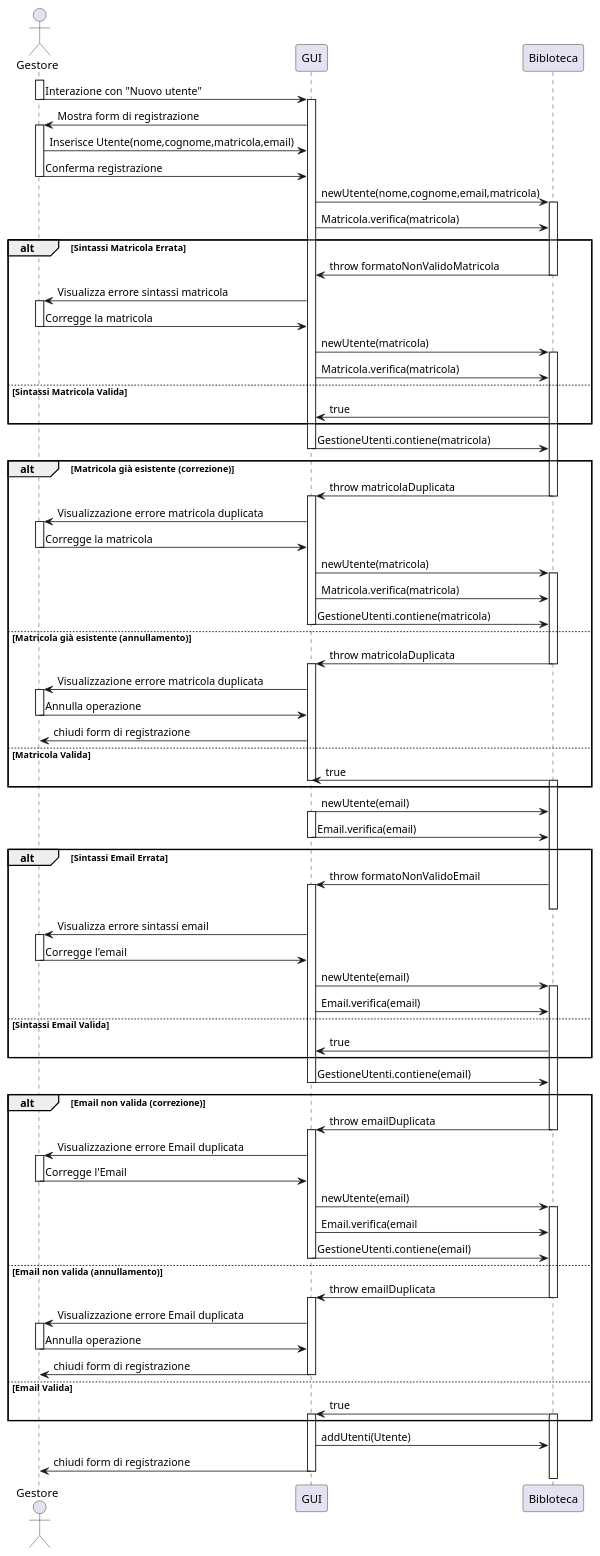
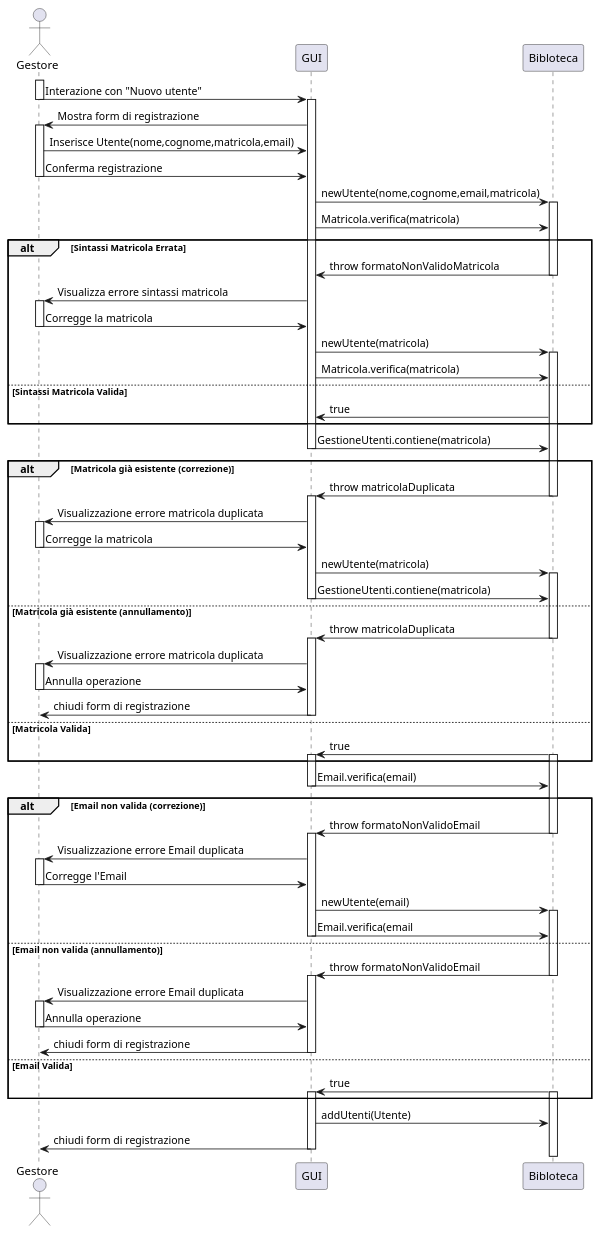
The diagram in docs/uml/UMLinserisciUtente.puml (Meziu/easylibrary), drawn with PlantUML before and after one commit. The commit also changed 2 other files, not shown here.

Commit message:
Modifiche inserisci Utente puml e UC-6

```diff
--- a/docs/uml/UMLinserisciUtente.puml
+++ b/docs/uml/UMLinserisciUtente.puml
@@ -1,176 +1,152 @@
 @startuml
 actor Gestore
 participant "GUI" as UI
 participant "Bibloteca" as S
 activate Gestore
 ' ----- Inizio -----
 
 Gestore -> UI : Interazione con "Nuovo utente"
 deactivate Gestore
 activate UI
-UI -> Gestore : Mostra form di registrazione  
+UI -> Gestore : Mostra form di registrazione
 
 activate Gestore
 Gestore -> UI : Inserisce Utente(nome,cognome,matricola,email)
 Gestore -> UI : Conferma registrazione
 deactivate Gestore
 
 ' ----- Invio dati a Sistema -----
 UI -> S : newUtente(nome,cognome,email,matricola)
 
 activate S
 UI -> S : Matricola.verifica(matricola)
 
 ' ----- Controllo Sintassi Matricola -----
 alt Sintassi Matricola Errata
 S -> UI : throw formatoNonValidoMatricola
 deactivate S
 UI -> Gestore : Visualizza errore sintassi matricola
 activate Gestore
 Gestore -> UI : Corregge la matricola
 deactivate Gestore
 UI -> S : newUtente(matricola)
 activate S
 UI -> S : Matricola.verifica(matricola)
 
 else Sintassi Matricola Valida
 S -> UI : true
 end
 
 ' ----- Controllo Matricola -----
 UI -> S : GestioneUtenti.contiene(matricola)
 deactivate UI
 alt Matricola già esistente (correzione)
 
     S -> UI : throw matricolaDuplicata
-    deactivate S    
+    deactivate S
     activate UI
 
-    
+
     UI -> Gestore : Visualizzazione errore matricola duplicata
-    
+
 
     activate Gestore
     Gestore -> UI : Corregge la matricola
     deactivate Gestore
 
 
     UI -> S : newUtente(matricola)
 
 
     activate S
-    UI -> S : Matricola.verifica(matricola)
     UI -> S : GestioneUtenti.contiene(matricola)
     deactivate UI
 
 
 else Matricola già esistente (annullamento)
 
     S -> UI : throw matricolaDuplicata
     deactivate S
 
     activate UI
     UI -> Gestore : Visualizzazione errore matricola duplicata
 
 
     activate Gestore
     Gestore -> UI : Annulla operazione
     deactivate Gestore
 
 
     UI -> Gestore : chiudi form di registrazione
-
+deactivate UI
 else Matricola Valida
 
 S -> UI : true
-deactivate UI
+activate UI
 activate S
 
 end
 
-UI -> S : newUtente(email)
-activate UI
 
 
-' ----- Controllo Sintassi Email -----
 
 
-UI -> S : Email.verifica(email)
-deactivate UI
-
-alt Sintassi Email Errata
-S -> UI : throw formatoNonValidoEmail
-activate UI
-deactivate S
-
-UI -> Gestore : Visualizza errore sintassi email
-activate Gestore
-Gestore -> UI : Corregge l'email
-deactivate Gestore
-
-UI -> S : newUtente(email)
-activate S
-UI -> S : Email.verifica(email)
 
 
-else Sintassi Email Valida
-S -> UI : true
 
 
-end
 
 
 ' ----- Controllo Email -----
 
-UI -> S : GestioneUtenti.contiene(email)
+UI -> S : Email.verifica(email)
 
     deactivate UI
 alt Email non valida (correzione)
-    S -> UI : throw emailDuplicata
-    deactivate S    
+    S -> UI : throw formatoNonValidoEmail
+    deactivate S
     activate UI
 
     UI -> Gestore : Visualizzazione errore Email duplicata
 
     activate Gestore
     Gestore -> UI : Corregge l'Email
     deactivate Gestore
 
 
     UI -> S : newUtente(email)
 
     activate S
     UI -> S : Email.verifica(email
-    UI -> S :  GestioneUtenti.contiene(email)
 
     deactivate UI
 else Email non valida (annullamento)
-    S -> UI : throw emailDuplicata
+    S -> UI : throw formatoNonValidoEmail
     deactivate S
 
     activate UI
     UI -> Gestore : Visualizzazione errore Email duplicata
 
 
     activate Gestore
     Gestore -> UI : Annulla operazione
     deactivate Gestore
 
 
     UI -> Gestore : chiudi form di registrazione
 deactivate UI
 
 else Email Valida
 S -> UI : true
 activate UI
 activate S
 
 end
 
 ' ----- Conclusione -----
 
 UI -> S : addUtenti(Utente)
 
 UI -> Gestore : chiudi form di registrazione
 deactivate UI
 @enduml
```
